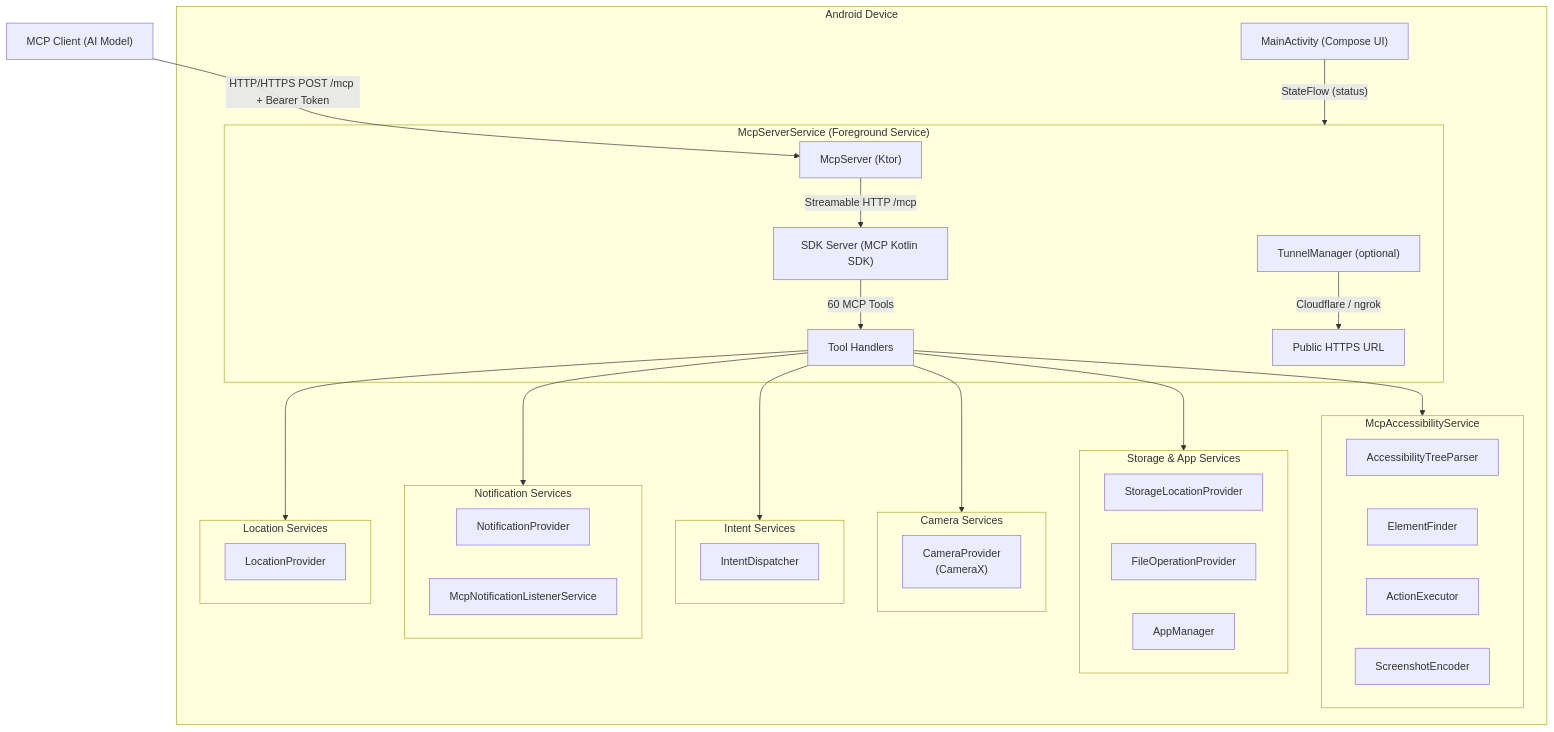
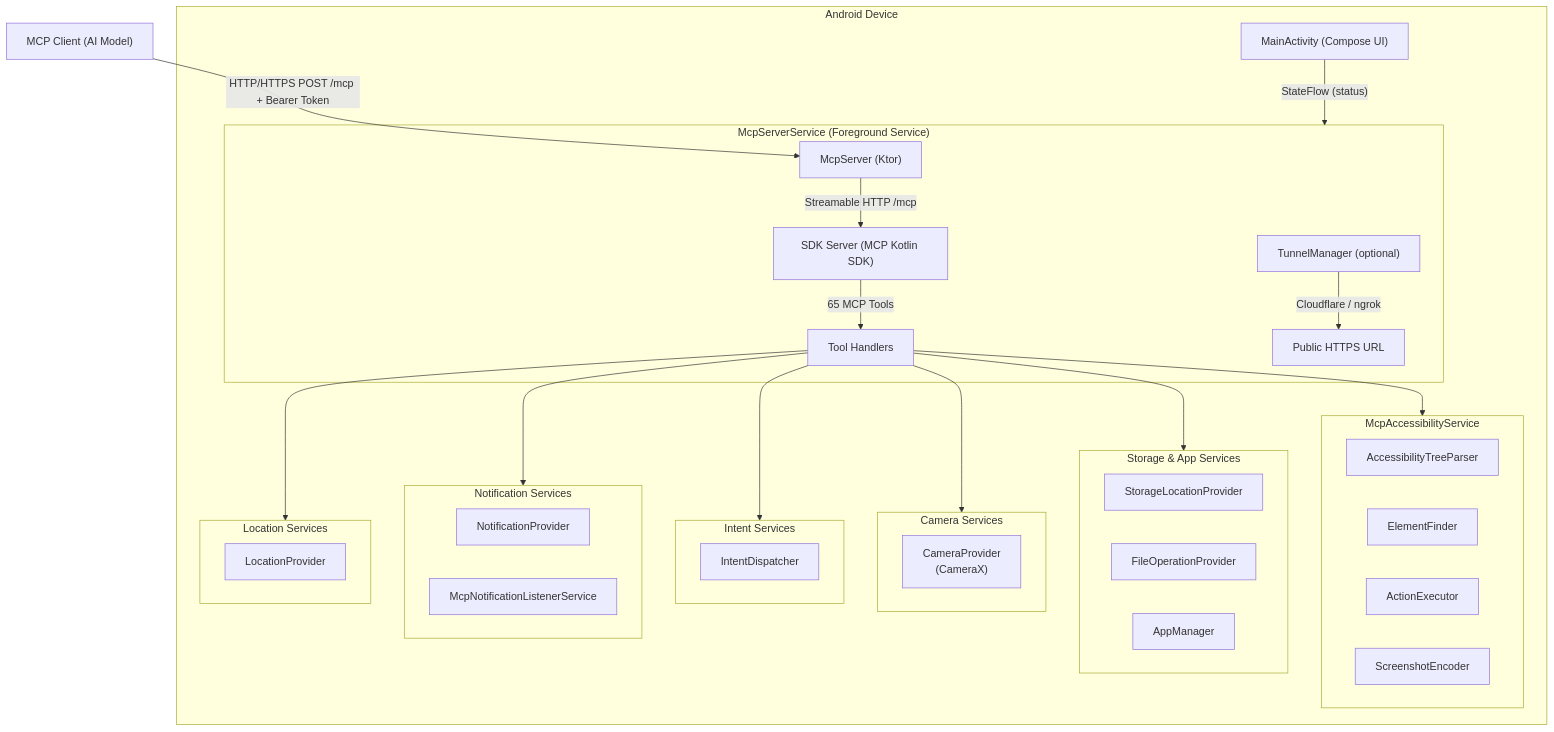
The diagram in CONTRIBUTING.md (danielealbano/android-remote-control-mcp), drawn with Mermaid before and after one commit. The commit also changed other lines of this file and 7 other files, not shown here.

````diff
--- a/CONTRIBUTING.md
+++ b/CONTRIBUTING.md
@@ -162,55 +162,55 @@
 ```mermaid
 graph TB
     Client["MCP Client (AI Model)"]
     Client -->|"HTTP/HTTPS POST /mcp + Bearer Token"| McpServer
 
     subgraph Device["Android Device"]
         subgraph McpServerService["McpServerService (Foreground Service)"]
             McpServer["McpServer (Ktor)"]
             McpServer -->|"Streamable HTTP /mcp"| SDK["SDK Server (MCP Kotlin SDK)"]
-            SDK -->|"60 MCP Tools"| Tools["Tool Handlers"]
+            SDK -->|"65 MCP Tools"| Tools["Tool Handlers"]
             TunnelMgr["TunnelManager (optional)"]
             TunnelMgr -->|"Cloudflare / ngrok"| PublicURL["Public HTTPS URL"]
         end
 
         subgraph Accessibility["McpAccessibilityService"]
             TreeParser["AccessibilityTreeParser"]
             ElemFinder["ElementFinder"]
             ActionExec["ActionExecutor"]
             ScreenEnc["ScreenshotEncoder"]
         end
 
         subgraph Storage["Storage & App Services"]
             StorageProv["StorageLocationProvider"]
             FileOps["FileOperationProvider"]
             AppMgr["AppManager"]
         end
 
         subgraph CameraSvc["Camera Services"]
             CamProv["CameraProvider\n(CameraX)"]
         end
 
         subgraph IntentSvc["Intent Services"]
             IntentDisp["IntentDispatcher"]
         end
 
         subgraph NotifSvc["Notification Services"]
             NotifProv["NotificationProvider"]
             NotifListener["McpNotificationListenerService"]
         end
 
         subgraph LocSvc["Location Services"]
             LocProv["LocationProvider"]
         end
 
         MainActivity["MainActivity (Compose UI)"]
 
         Tools --> Accessibility
         Tools --> Storage
         Tools --> CameraSvc
         Tools --> IntentSvc
         Tools --> NotifSvc
         Tools --> LocSvc
         MainActivity -->|"StateFlow (status)"| McpServerService
     end
 ```
````
